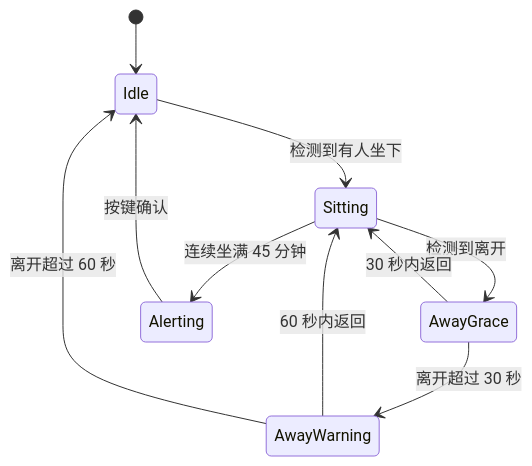
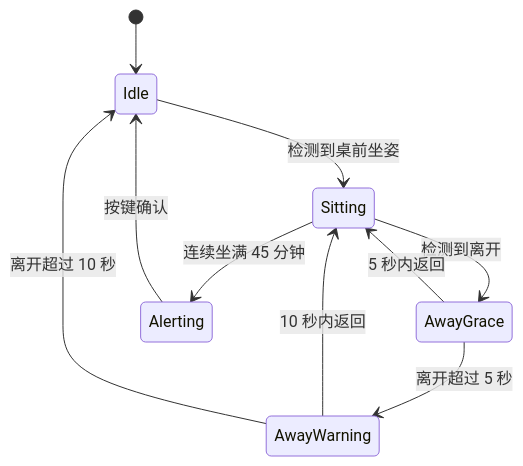
One commit to Muye2026/Bell-Robot changed the second of 2 diagrams in embedded/docs/architecture.md. Above: the diagram before and after it, drawn with Mermaid. The commit also changed other lines of this file and 28 other files, not shown here.

````diff
--- a/embedded/docs/architecture.md
+++ b/embedded/docs/architecture.md
@@ -28,12 +31,12 @@
 ```mermaid
 stateDiagram-v2
   [*] --> Idle
-  Idle --> Sitting: 检测到有人坐下
+  Idle --> Sitting: 检测到桌前坐姿
   Sitting --> AwayGrace: 检测到离开
-  AwayGrace --> Sitting: 30 秒内返回
-  AwayGrace --> AwayWarning: 离开超过 30 秒
-  AwayWarning --> Sitting: 60 秒内返回
-  AwayWarning --> Idle: 离开超过 60 秒
+  AwayGrace --> Sitting: 5 秒内返回
+  AwayGrace --> AwayWarning: 离开超过 5 秒
+  AwayWarning --> Sitting: 10 秒内返回
+  AwayWarning --> Idle: 离开超过 10 秒
   Sitting --> Alerting: 连续坐满 45 分钟
   Alerting --> Idle: 按键确认
 ```
````
